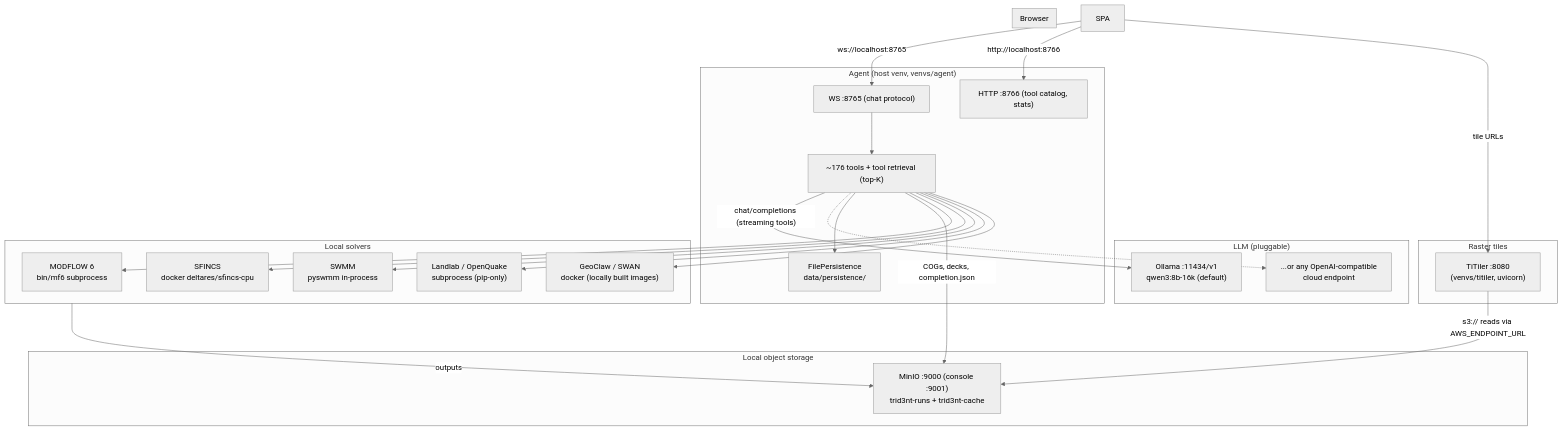
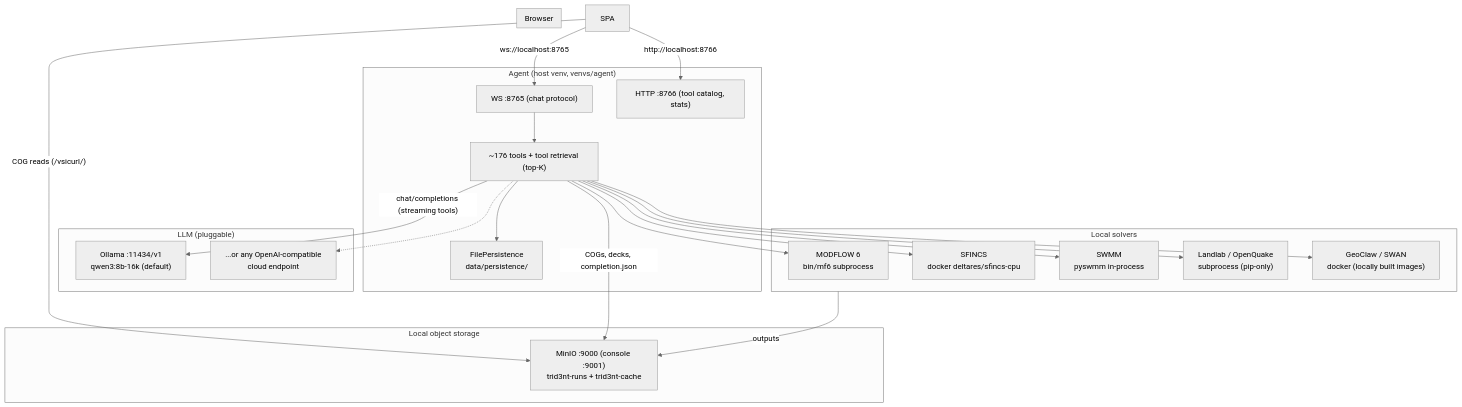
Before and after one commit to double-r-squared/trid3nt-qgis-plugin: the diagram in docs/site/overview.md, drawn with Mermaid (neutral theme). The commit also changed other lines of this file and 35 other files, not shown here.

First line of the commit message:
feat(render): TiTiler -> QGIS-native COG rendering; retire TiTiler from the stack

````diff
--- a/docs/site/overview.md
+++ b/docs/site/overview.md
@@ -41,49 +41,44 @@
 ```mermaid
 graph TD
     subgraph Browser["Browser"]
     end
 
     subgraph Agent["Agent (host venv, venvs/agent)"]
         WS["WS :8765 (chat protocol)"]
         HTTP["HTTP :8766 (tool catalog, stats)"]
         Tools["~176 tools + tool retrieval (top-K)"]
         FP["FilePersistence\ndata/persistence/"]
     end
 
     subgraph LLM["LLM (pluggable)"]
         Ollama["Ollama :11434/v1\nqwen3:8b-16k (default)"]
         CloudAPI["...or any OpenAI-compatible\ncloud endpoint"]
     end
 
     subgraph Storage["Local object storage"]
         MinIO["MinIO :9000 (console :9001)\ntrid3nt-runs + trid3nt-cache"]
     end
 
-    subgraph Tiles["Raster tiles"]
-        TiTiler["TiTiler :8080\n(venvs/titiler, uvicorn)"]
-    end
-
     subgraph Solvers["Local solvers"]
         MF6["MODFLOW 6\nbin/mf6 subprocess"]
         SFINCS["SFINCS\ndocker deltares/sfincs-cpu"]
         SWMM["SWMM\npyswmm in-process"]
         Pip["Landlab / OpenQuake\nsubprocess (pip-only)"]
         Fortran["GeoClaw / SWAN\ndocker (locally built images)"]
     end
 
     SPA -- "ws://localhost:8765" --> WS
     SPA -- "http://localhost:8766" --> HTTP
-    SPA -- "tile URLs" --> TiTiler
+    SPA -- "COG reads (/vsicurl/)" --> MinIO
     WS --> Tools
     Tools -- "chat/completions (streaming tools)" --> Ollama
     Tools -.-> CloudAPI
     Tools --> FP
     Tools -- "COGs, decks, completion.json" --> MinIO
-    TiTiler -- "s3:// reads via AWS_ENDPOINT_URL" --> MinIO
     Tools --> MF6
     Tools --> SFINCS
     Tools --> SWMM
     Tools --> Pip
     Tools --> Fortran
     Solvers -- "outputs" --> MinIO
 ```
````
